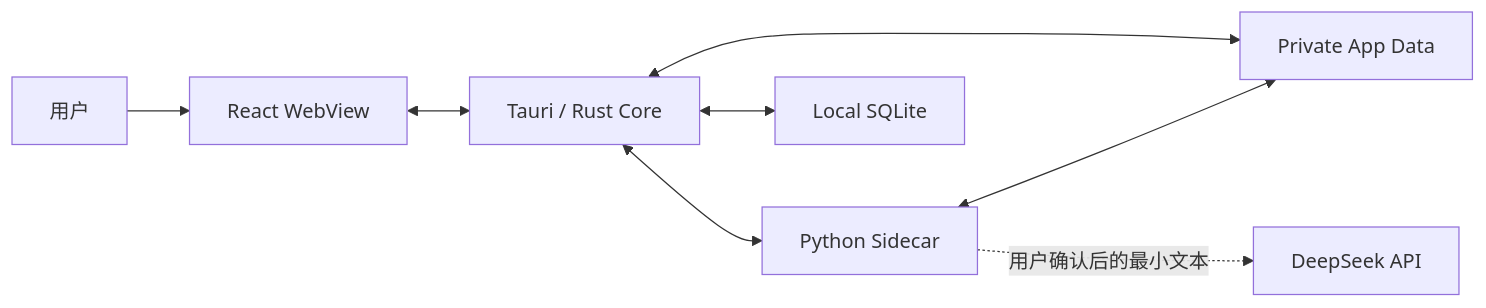
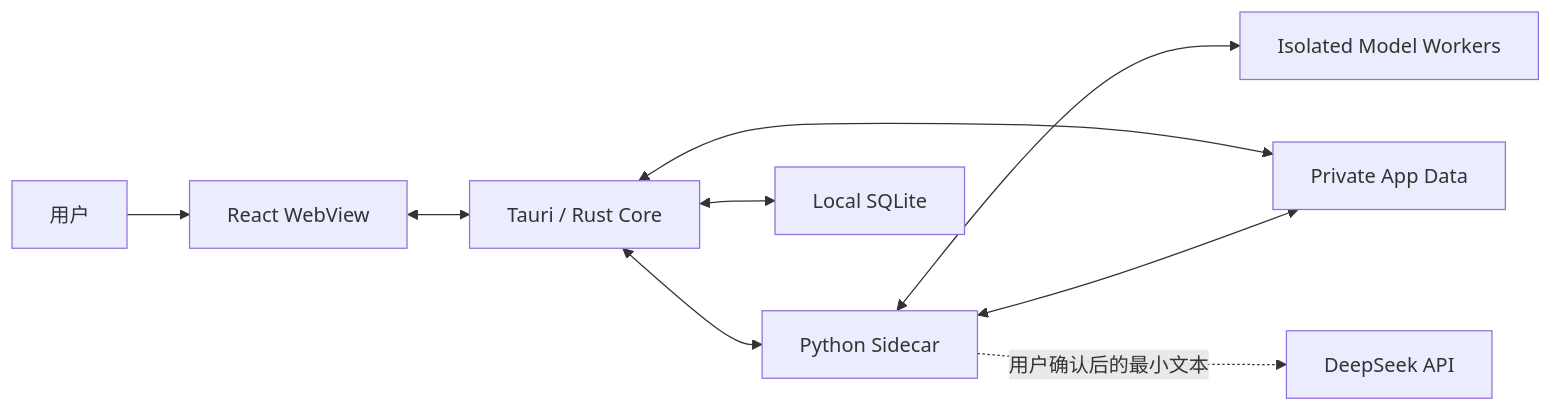
One commit to Gray-8a/MeetingLens changed the first of 3 diagrams in ARCHITECTURE.md. Above: the diagram before and after it, drawn with Mermaid. The commit also changed other lines of this file and 25 other files, not shown here.

````diff
--- a/ARCHITECTURE.md
+++ b/ARCHITECTURE.md
@@ -11,10 +11,11 @@
 ```mermaid
 flowchart LR
     U["用户"] --> UI["React WebView"]
     UI <--> CORE["Tauri / Rust Core"]
     CORE <--> SIDE["Python Sidecar"]
+    SIDE <--> WORKERS["Isolated Model Workers"]
     CORE <--> DB["Local SQLite"]
     CORE <--> FS["Private App Data"]
     SIDE <--> FS
     SIDE -. "用户确认后的最小文本" .-> DS["DeepSeek API"]
 ```
````
